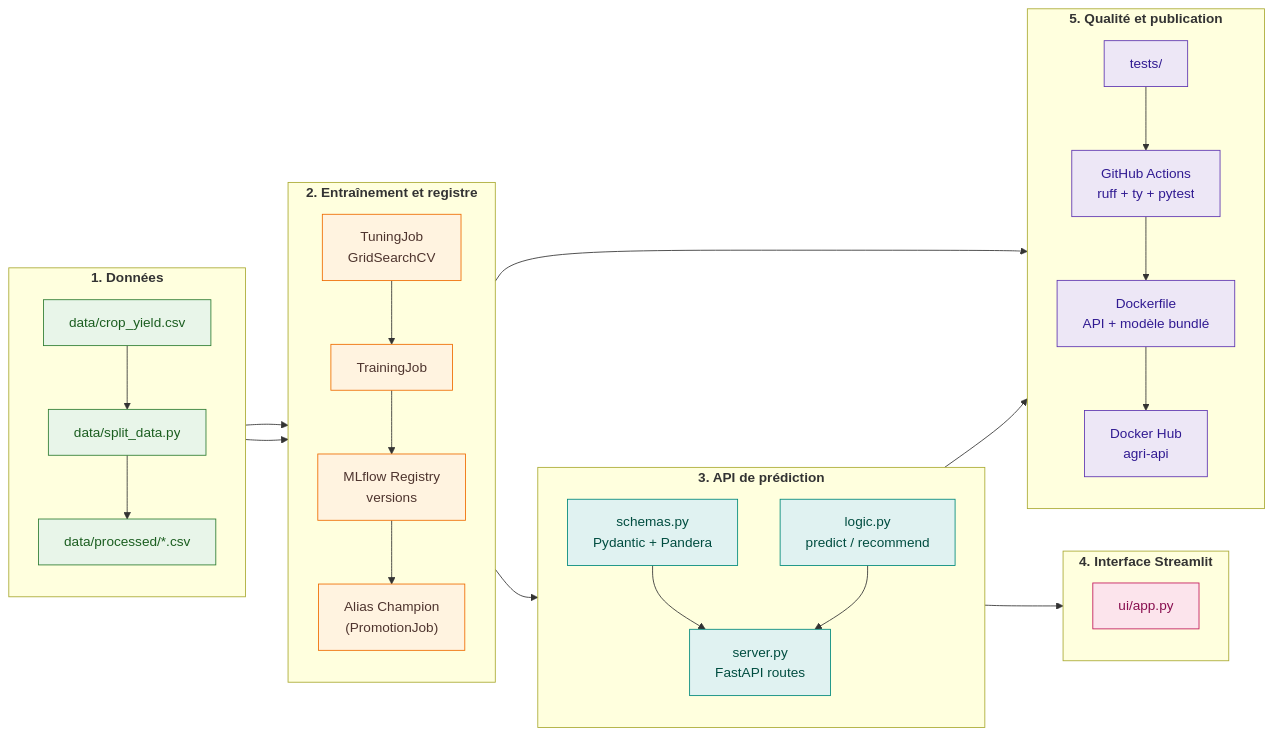
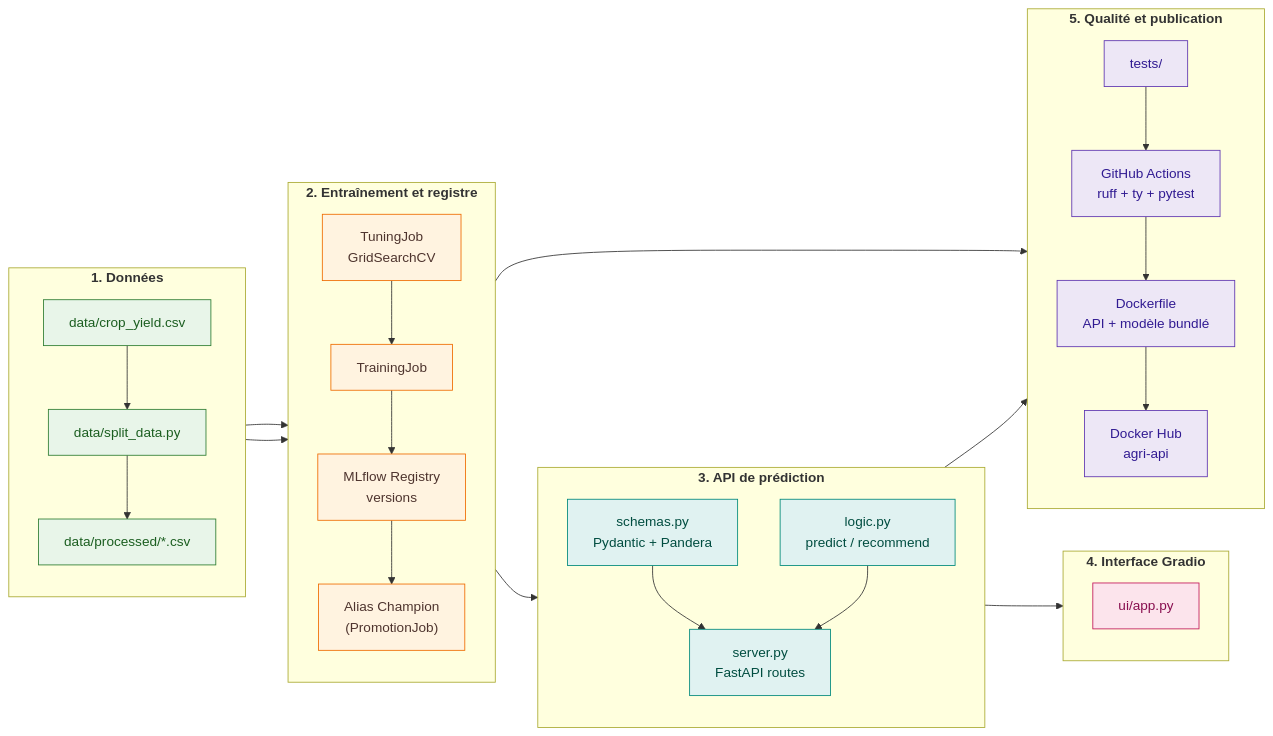
The diagram in docs/06_depot.md (olivierbinder/agri), drawn with Mermaid before and after one commit. The commit also changed other lines of this file and 27 other files, not shown here.

````diff
--- a/docs/06_depot.md
+++ b/docs/06_depot.md
@@ -52,61 +52,61 @@
 ```mermaid
 flowchart LR
     subgraph DATA["<b>1. Données</b>"]
         direction TB
         RAW["data/crop_yield.csv"]
         SPLIT["data/split_data.py"]
         PROC["data/processed/*.csv"]
         RAW --> SPLIT --> PROC
     end
 
     subgraph TRAIN["<b>2. Entraînement et registre</b>"]
         direction TB
         TUNE["TuningJob<br/>GridSearchCV"]
         TRAINJOB["TrainingJob"]
         MLFLOW["MLflow Registry<br/>versions"]
         CHAMP["Alias Champion<br/>(PromotionJob)"]
         TUNE --> TRAINJOB --> MLFLOW --> CHAMP
     end
 
     subgraph API["<b>3. API de prédiction</b>"]
         direction TB
         SCHEMAS["schemas.py<br/>Pydantic + Pandera"]
         LOGIC["logic.py<br/>predict / recommend"]
         FASTAPI["server.py<br/>FastAPI routes"]
         SCHEMAS --> FASTAPI
         LOGIC --> FASTAPI
     end
 
-    subgraph UI["<b>4. Interface Streamlit</b>"]
+    subgraph UI["<b>4. Interface Gradio</b>"]
         direction TB
         APP["ui/app.py"]
     end
 
     subgraph OPS["<b>5. Qualité et publication</b>"]
         direction TB
         TESTS["tests/"]
         CI["GitHub Actions<br/>ruff + ty + pytest"]
         DOCKER["Dockerfile<br/>API + modèle bundlé"]
         HUB["Docker Hub<br/>agri-api"]
         TESTS --> CI --> DOCKER --> HUB
     end
 
     PROC --> TUNE
     PROC --> TRAINJOB
     CHAMP --> LOGIC
     CHAMP --> DOCKER
     FASTAPI --> APP
     FASTAPI --> DOCKER
 
     classDef data fill:#E8F5E9,stroke:#2E7D32,color:#1B5E20
     classDef train fill:#FFF3E0,stroke:#EF6C00,color:#4E342E
     classDef api fill:#E0F2F1,stroke:#00897B,color:#004D40
     classDef ui fill:#FCE4EC,stroke:#C2185B,color:#880E4F
     classDef ops fill:#EDE7F6,stroke:#5E35B1,color:#311B92
 
     class RAW,SPLIT,PROC data
     class TUNE,TRAINJOB,MLFLOW,CHAMP train
     class SCHEMAS,LOGIC,FASTAPI api
     class APP ui
     class TESTS,CI,DOCKER,HUB ops
 ```
````
